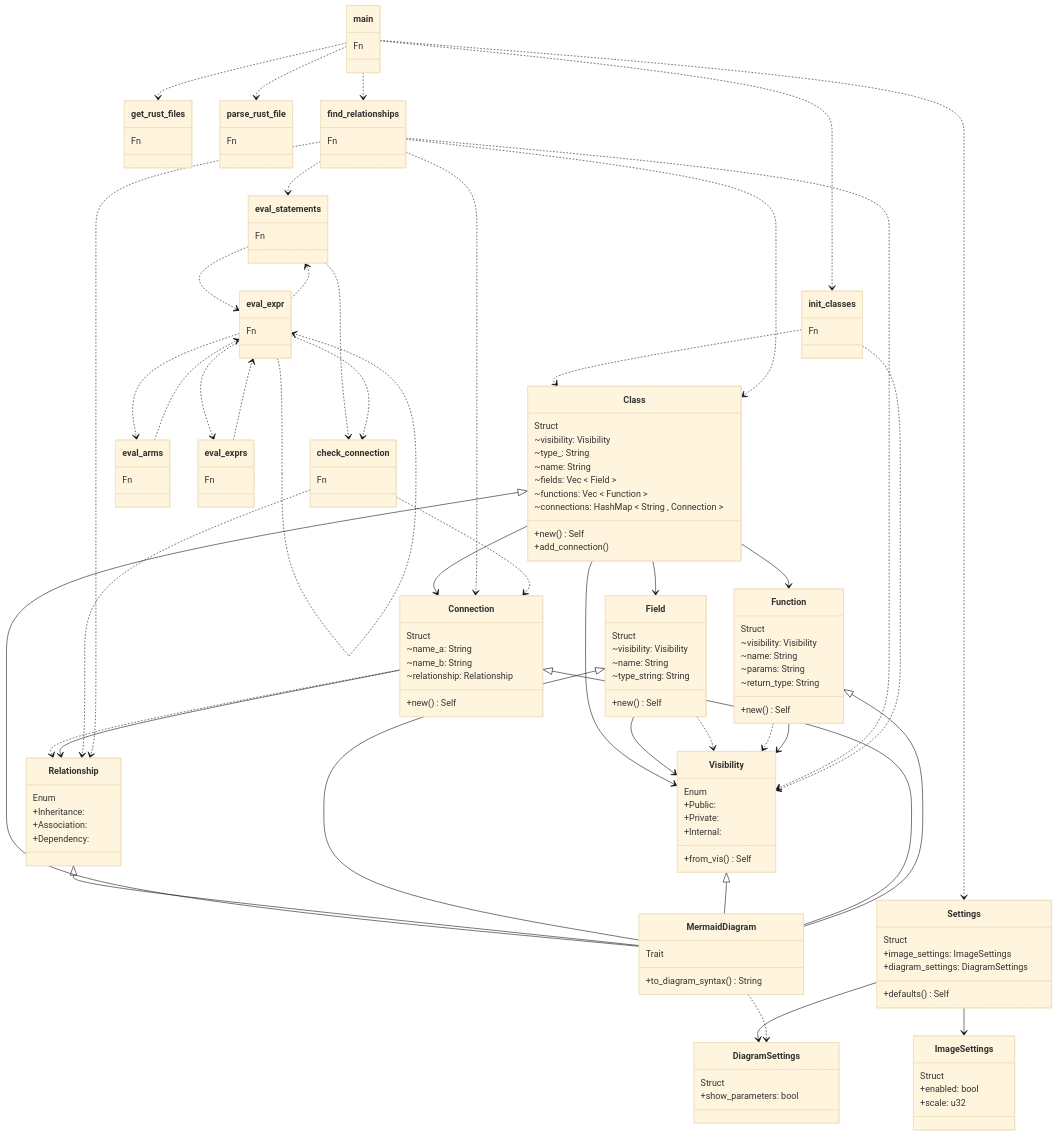
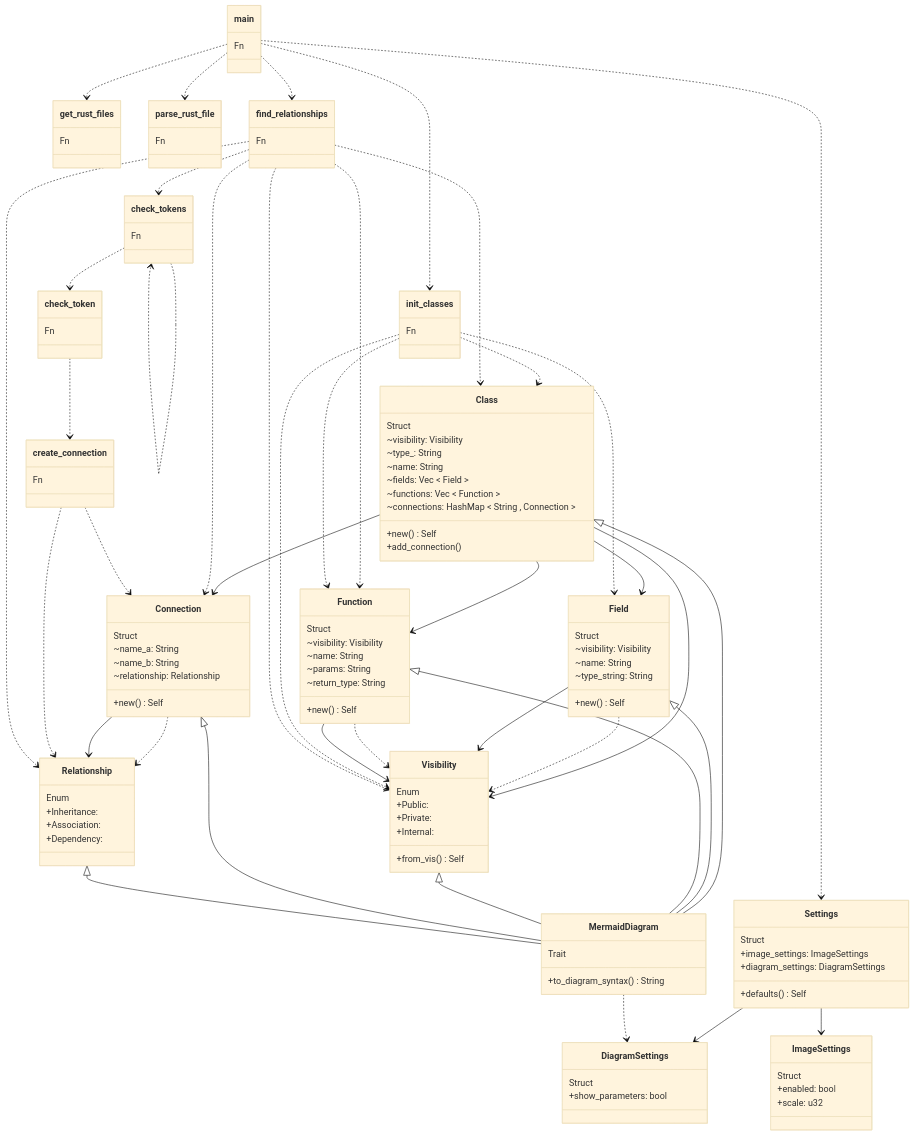
The diagram in diagram.mmd (gusjengis/mermaid-class-diagrams), drawn with Mermaid (base theme) before and after one commit. The commit also changed 2 other files, not shown here.

Commit message:
simplified token checking, max detail, but some false positives
I think I need to use the LSP

```diff
--- a/diagram.mmd
+++ b/diagram.mmd
@@ -1,177 +1,164 @@
 classDiagram
 
 class init_classes {
 Fn
 }
 
 main ..> init_classes
 
 class get_rust_files {
 Fn
 }
 
 main ..> get_rust_files
 
 class parse_rust_file {
 Fn
 }
 
 main ..> parse_rust_file
 
 class MermaidDiagram {
 Trait
 +to_diagram_syntax() String
 }
 
 Class <|-- MermaidDiagram
-Relationship <|-- MermaidDiagram
 Field <|-- MermaidDiagram
+Function <|-- MermaidDiagram
 Visibility <|-- MermaidDiagram
 Connection <|-- MermaidDiagram
-Function <|-- MermaidDiagram
+Relationship <|-- MermaidDiagram
 
 class find_relationships {
 Fn
 }
 
 main ..> find_relationships
 
-class eval_statements {
+class check_tokens {
 Fn
 }
 
-find_relationships ..> eval_statements
-eval_expr ..> eval_statements
+check_tokens ..> check_tokens
+find_relationships ..> check_tokens
 
-class eval_arms {
+class check_token {
 Fn
 }
 
-eval_expr ..> eval_arms
+check_tokens ..> check_token
 
-class eval_exprs {
+class create_connection {
 Fn
 }
 
-eval_expr ..> eval_exprs
-
-class eval_expr {
-Fn
-}
-
-eval_statements ..> eval_expr
-eval_arms ..> eval_expr
-eval_exprs ..> eval_expr
-eval_expr ..> eval_expr
-
-class check_connection {
-Fn
-}
-
-eval_statements ..> check_connection
-eval_expr ..> check_connection
+check_token ..> create_connection
 
 class Class {
 Struct
 ~visibility: Visibility
 ~type_: String
 ~name: String
 ~fields: Vec < Field >
 ~functions: Vec < Function >
 ~connections: HashMap < String , Connection >
 +new() Self
 +add_connection() 
 }
 
+Class --> Field
 init_classes ..> Class
-Class --> Field
 find_relationships ..> Class
 Class --> Function
+Class --> Visibility
 Class --> Connection
-Class --> Visibility
 
 class Field {
 Struct
 ~visibility: Visibility
 ~name: String
 ~type_string: String
 +new() Self
 }
 
+init_classes ..> Field
+Field ..> Visibility
 Field --> Visibility
-Field ..> Visibility
 
 class Function {
 Struct
 ~visibility: Visibility
 ~name: String
 ~params: String
 ~return_type: String
 +new() Self
 }
 
+find_relationships ..> Function
 Function ..> Visibility
 Function --> Visibility
+init_classes ..> Function
 
 class Connection {
 Struct
 ~name_a: String
 ~name_b: String
 ~relationship: Relationship
 +new() Self
 }
 
+Connection ..> Relationship
+Connection --> Relationship
 find_relationships ..> Connection
-Connection ..> Relationship
-check_connection ..> Connection
-Connection --> Relationship
+create_connection ..> Connection
 
 class Relationship {
 Enum
 +Inheritance: 
 +Association: 
 +Dependency: 
 }
 
-check_connection ..> Relationship
+create_connection ..> Relationship
 find_relationships ..> Relationship
 
 class Visibility {
 Enum
 +Public: 
 +Private: 
 +Internal: 
 +from_vis() Self
 }
 
+init_classes ..> Visibility
 find_relationships ..> Visibility
-init_classes ..> Visibility
 
 class Settings {
 Struct
 +image_settings: ImageSettings
 +diagram_settings: DiagramSettings
 +defaults() Self
 }
 
 Settings --> DiagramSettings
+Settings --> ImageSettings
 main ..> Settings
-Settings --> ImageSettings
 
 class ImageSettings {
 Struct
 +enabled: bool
 +scale: u32
 }
 
 
 class DiagramSettings {
 Struct
 +show_parameters: bool
 }
 
 MermaidDiagram ..> DiagramSettings
 
 class main {
 Fn
 }
```
